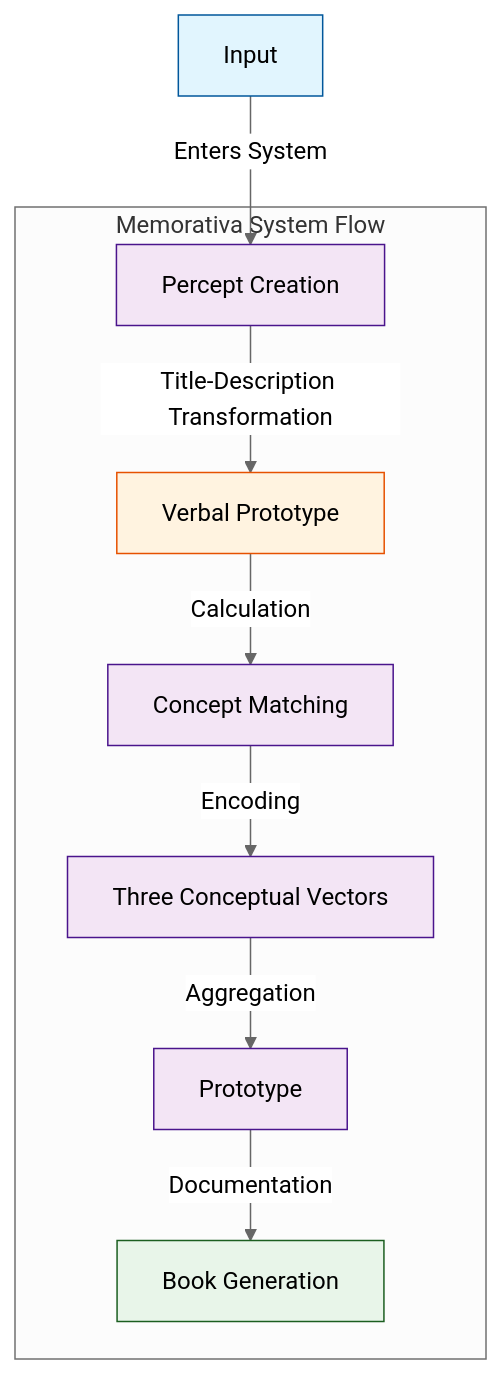
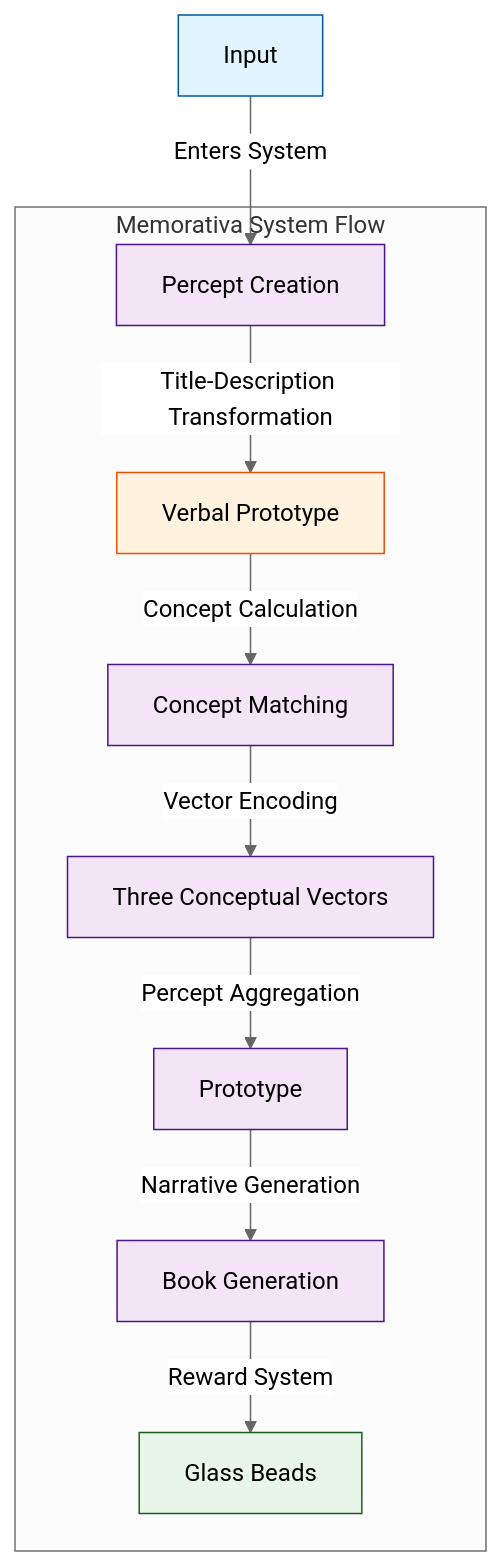
Before and after one commit to heavyblotto/memorativa: the first of 12 diagrams in docs/memorativa-design.md, drawn with Mermaid (neutral theme). The commit also changed other lines of this file, not shown here.

````diff
--- a/docs/memorativa-design.md
+++ b/docs/memorativa-design.md
@@ -43,28 +35,30 @@
 ```mermaid
 graph TD
     I[Input] --> |Enters System| P1[Percept Creation]
     P1 --> |Title-Description Transformation| TD[Verbal Prototype]
-    TD --> |Calculation| C[Concept Matching]
-    C --> |Encoding| V[Three Conceptual Vectors]
-    V --> |Aggregation| PR[Prototype]
-    PR --> |Documentation| B[Book Generation]
+    TD --> |Concept Calculation| C[Concept Matching]
+    C --> |Vector Encoding| V[Three Conceptual Vectors]
+    V --> |Percept Aggregation| PR[Prototype]
+    PR --> |Narrative Generation| B[Book Generation]
+    B --> |Reward System| GB[Glass Beads]
 
     subgraph "Memorativa System Flow"
         P1
         TD
         C
         V
         PR
         B
+        GB
     end
 
     classDef input fill:#e1f5fe,stroke:#01579b
     classDef process fill:#f3e5f5,stroke:#4a148c
     classDef output fill:#e8f5e9,stroke:#1b5e20
     classDef text fill:#fff3e0,stroke:#e65100
 
     class I input
-    class P1,C,V,PR process
-    class B output
+    class P1,C,V,PR,B process
+    class GB output
     class TD text
 ```
````
